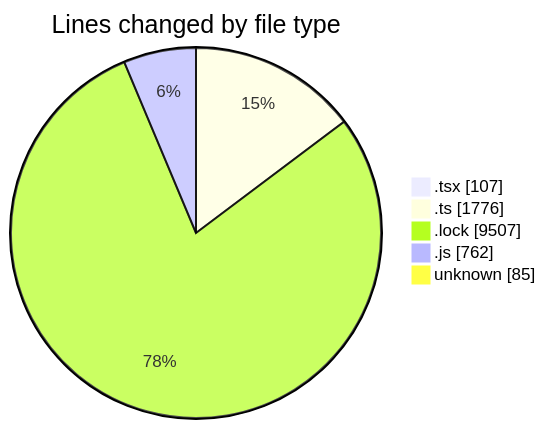
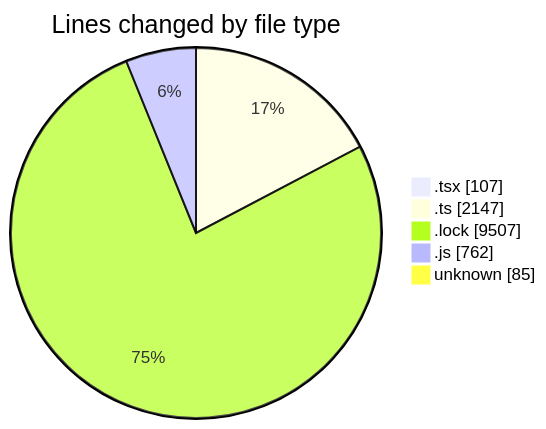
The first of 2 diagrams in 2026-02-18/cda/README.md (momahboobian/code-tracking), drawn with Mermaid before and after one commit. The commit also changed other lines of this file and 1 other file, not shown here.

````diff
--- a/2026-02-18/cda/README.md
+++ b/2026-02-18/cda/README.md
@@ -27,9 +28,9 @@
 ```mermaid
 pie showData
 title Lines changed by file type
 ".tsx" : 107
-".ts" : 1776
+".ts" : 2147
 ".lock" : 9507
 ".js" : 762
 "unknown" : 85
 ```
````
